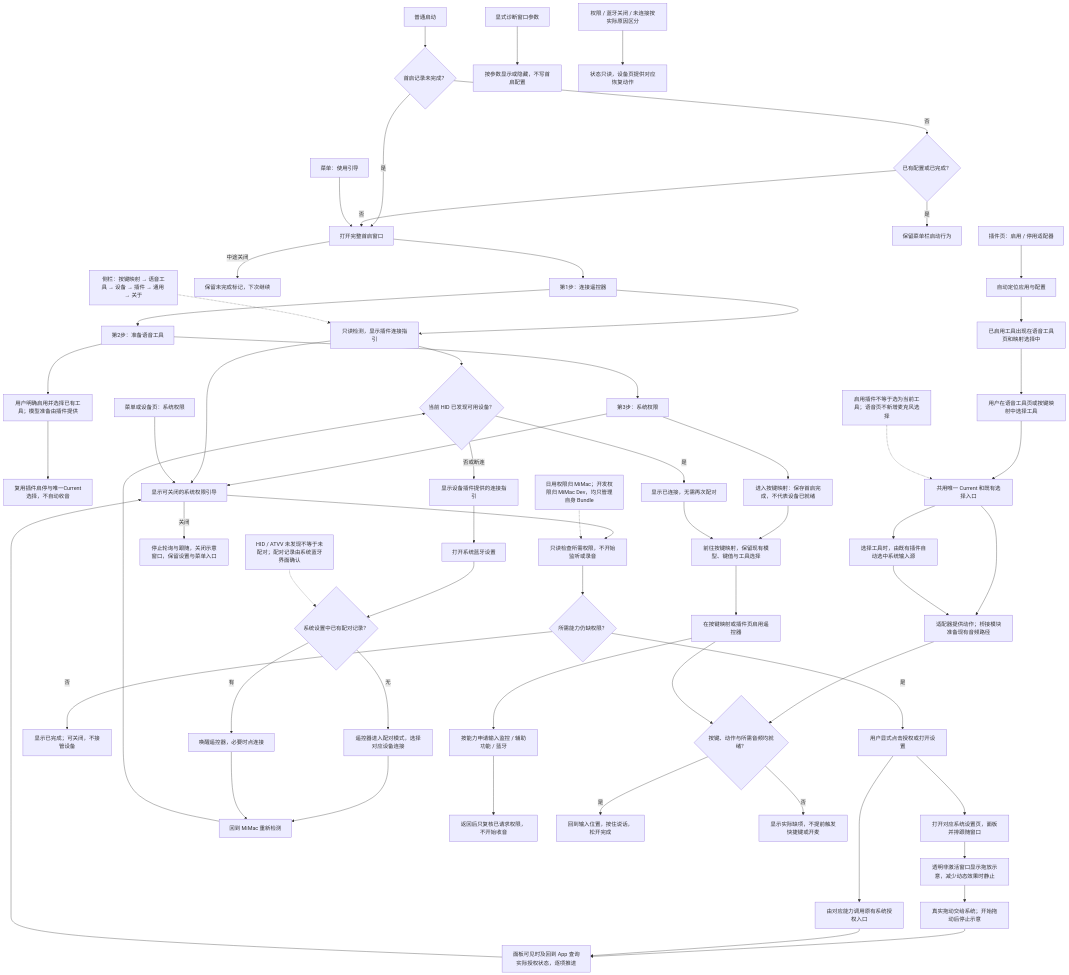
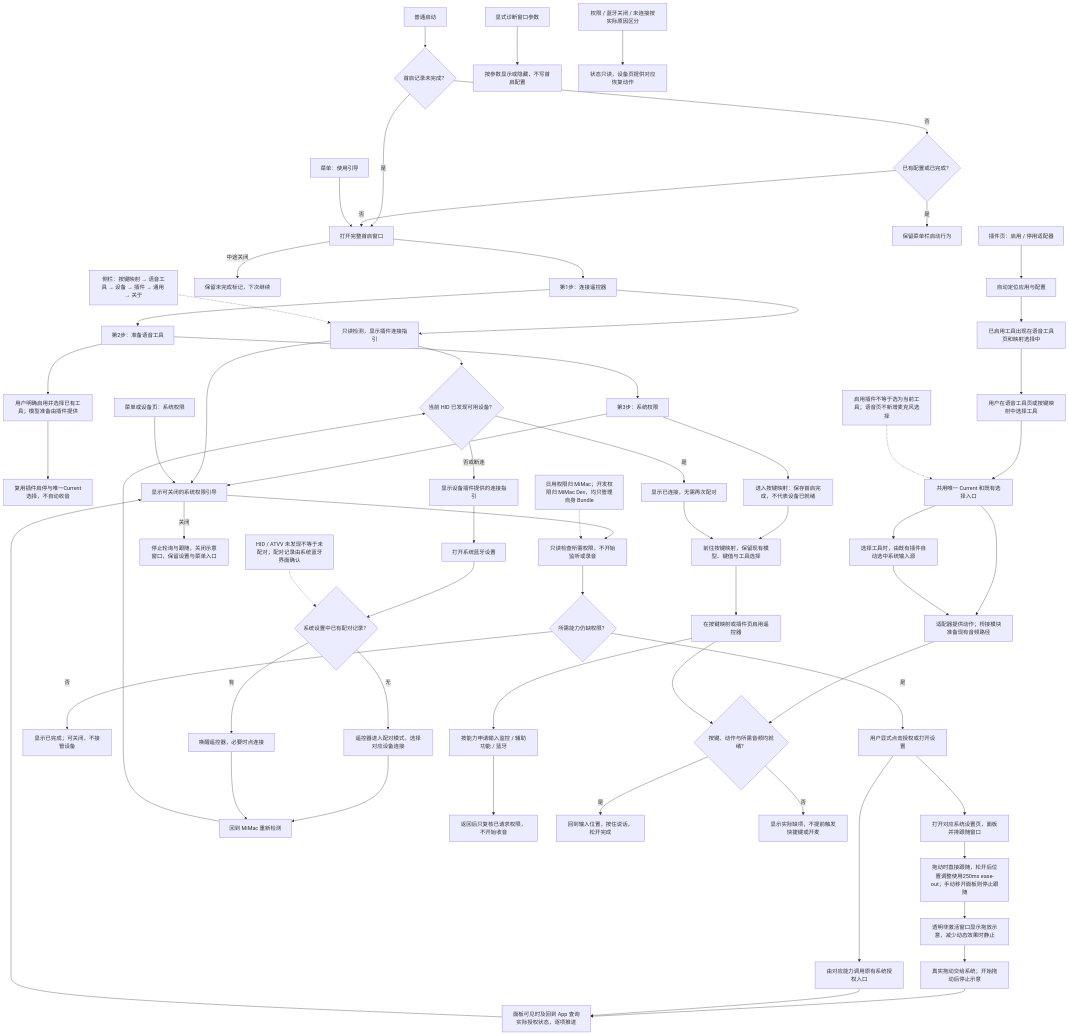
Before and after one commit to daftAI2026/MiMac: the diagram in tools/workbench/diagrams/first-use-setup.mmd, drawn with Mermaid. The commit also changed 7 other files, not shown here.

```diff
--- a/tools/workbench/diagrams/first-use-setup.mmd
+++ b/tools/workbench/diagrams/first-use-setup.mmd
@@ -1,63 +1,64 @@
 flowchart TD
     launch["普通启动"] --> resume{"首启记录未完成？"}
     resume -->|是| onboarding["打开完整首启窗口"]
     resume -->|否| known{"已有配置或已完成？"}
     known -->|是| tray["保留菜单栏启动行为"]
     known -->|否| onboarding
     reopenJourney["菜单：使用引导"] --> onboarding
     onboarding --> deviceStep["第1步：连接遥控器"]
     deviceStep --> device["只读检测，显示插件连接指引"]
     deviceStep --> toolStep["第2步：准备语音工具"]
     toolStep --> explicitChoice["用户明确启用并选择已有工具；模型准备由插件提供"]
     explicitChoice --> originalSelection["复用插件启停与唯一Current选择，不自动收音"]
     toolStep --> permissionStep["第3步：系统权限"]
     permissionStep --> permissionGuide["显式打开可关闭的系统权限引导"]
     permissionStep --> finish["进入按键映射：保存首启完成，不代表设备已就绪"]
     finish --> mappings
     onboarding -->|中途关闭| pending["保留未完成标记，下次继续"]
     explicit["显式诊断窗口参数"] --> override["按参数显示或隐藏，不写首启配置"]
     device --> detected{"当前 HID 已发现可用设备？"}
     device --> permissionGuide["显示可关闭的系统权限引导"]
     reopen["菜单或设备页：系统权限"] --> permissionGuide
     permissionGuide --> inspect["只读检查所需权限，不开始监听或录音"]
     inspect --> missing{"所需能力仍缺权限？"}
     missing -->|是| grantAction["用户显式点击授权或打开设置"]
     grantAction --> settings["打开对应系统设置页，面板并排跟随窗口"]
-    settings --> illustration["透明非激活窗口显示拖放示意，减少动态效果时静止"]
+    settings --> follow["拖动时直接跟随，松开后位置调整使用250ms ease-out；手动移开面板则停止跟随"]
+    follow --> illustration["透明非激活窗口显示拖放示意，减少动态效果时静止"]
     illustration --> drag["真实拖动交给系统；开始拖动后停止示意"]
     drag --> guideRefresh
     missing -->|否| complete["显示已完成；可关闭，不接管设备"]
     grantAction --> nativeGrant["由对应能力调用原有系统授权入口"]
     nativeGrant --> guideRefresh["面板可见时及回到 App 查询实际授权状态，逐项推进"]
     guideRefresh --> permissionGuide
     identity["日用权限归 MiMac；开发权限归 MiMac Dev，均只管理自身 Bundle"] -.-> inspect
     permissionGuide -->|关闭| keepSettings["停止轮询与跟随，关闭示意窗口，保留设置与菜单入口"]
     detected -->|是| connected["显示已连接，无需再次配对"]
     connected --> mappings["前往按键映射，保留现有模型、键值与工具选择"]
     mappings --> enable
     detected -->|否或断连| help["显示设备插件提供的连接指引"]
     help --> pair["打开系统蓝牙设置"]
     pair --> saved{"系统设置中已有配对记录？"}
     saved -->|无| pairing["遥控器进入配对模式，选择对应设备连接"]
     saved -->|有| reconnect["唤醒遥控器，必要时点连接"]
     pairing --> recheck["回到 MiMac 重新检测"]
     reconnect --> recheck
     recheck --> detected
     evidence["HID / ATVV 未发现不等于未配对；配对记录由系统蓝牙界面确认"] -.-> saved
     enable["在按键映射或插件页启用遥控器"]
     enable --> grants["按能力申请输入监控 / 辅助功能 / 蓝牙"]
     grants --> returnApp["返回后只复核已请求权限，不开始收音"]
     plugins["插件页：启用 / 停用适配器"] --> discovery["自动定位应用与配置"]
     discovery --> available["已启用工具出现在语音工具页和映射选择中"]
     available --> choose["用户在语音工具页或按键映射中选择工具"]
     choose --> current["共用唯一 Current 和既有选择入口"]
     current --> resolve["适配器提供动作；桥接模块准备现有音频路径"]
     current --> selectSource["选择工具时，由既有插件自动选中系统输入源"]
     selectSource --> resolve
     resolve --> ready{"按键、动作与所需音频均就绪？"}
     enable --> ready
     ready -->|是| action["回到输入位置，按住说话，松开完成"]
     ready -->|否| status["显示实际缺项，不提前触发快捷键或开麦"]
     separate["启用插件不等于选为当前工具；语音页不新增麦克风选择"] -.-> current
     failures["权限 / 蓝牙关闭 / 未连接按实际原因区分"] --> next["状态只读，设备页提供对应恢复动作"]
     navigation["侧栏：按键映射 → 语音工具 → 设备 → 插件 → 通用 → 关于"] -.-> device
```
